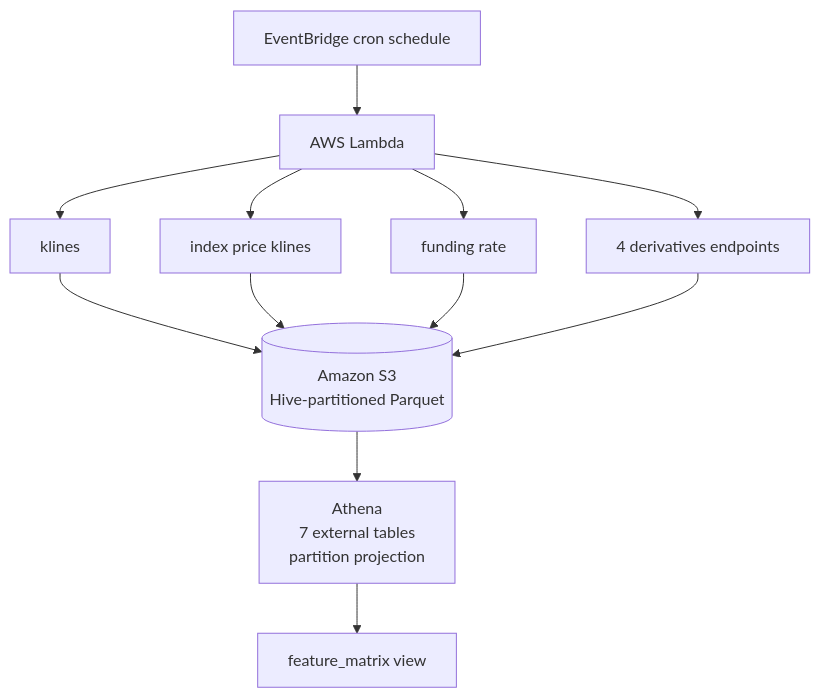
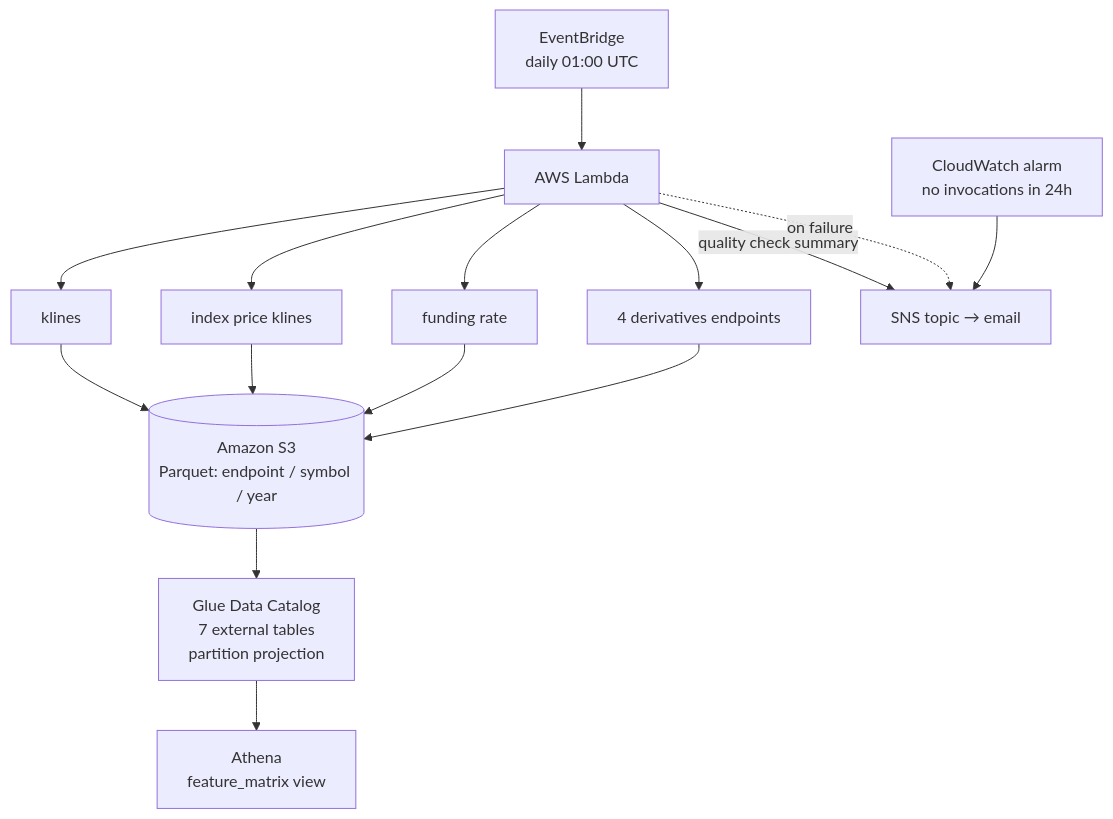
The diagram in README.md (Stevenronaldo/binance-futures-data-collector), drawn with Mermaid before and after one commit. The commit also changed other lines of this file, not shown here.

````diff
--- a/README.md
+++ b/README.md
@@ -39,25 +42,21 @@
 ```mermaid
 flowchart TD
-
-    EB[EventBridge cron schedule] --> L[AWS Lambda]
+    EB["EventBridge<br/>daily 01:00 UTC"] --> L[AWS Lambda]
 
     L --> K[klines]
-
     L --> IP[index price klines]
-
     L --> F[funding rate]
-
     L --> D[4 derivatives endpoints]
 
-    K --> S3[(Amazon S3<br/>Hive-partitioned Parquet)]
-
+    K --> S3[("Amazon S3<br/>Parquet: endpoint / symbol / year")]
     IP --> S3
-
     F --> S3
-
     D --> S3
 
-    S3 --> A[Athena<br/>7 external tables<br/>partition projection]
+    S3 --> G["Glue Data Catalog<br/>7 external tables<br/>partition projection"]
+    G --> V["Athena<br/>feature_matrix view"]
 
-    A --> V[feature_matrix view]
+    L -- quality check summary --> SNS[SNS topic → email]
+    L -. on failure .-> SNS
+    CW["CloudWatch alarm<br/>no invocations in 24h"] --> SNS
 ```
````
